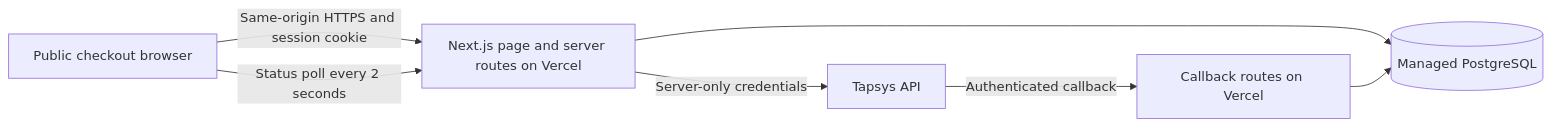
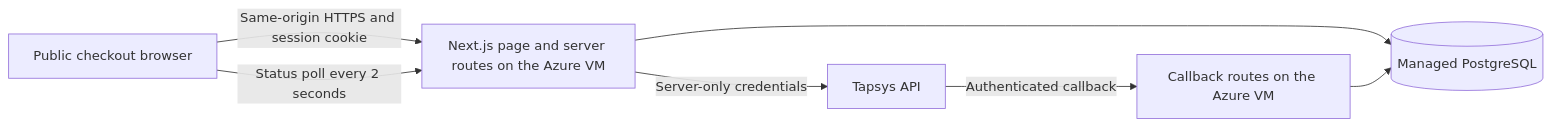
One commit to karimjindani/raast-ecommerce-demo changed the first of 4 diagrams in docs/software-design.md. Above: the diagram before and after it, drawn with Mermaid. The commit also changed other lines of this file and 39 other files, not shown here.

Commit message:
feat: implement v0.1.0 simulated RAAST checkout and Azure deployment

````diff
--- a/docs/software-design.md
+++ b/docs/software-design.md
@@ -15,9 +15,9 @@
 ```mermaid
 flowchart LR
-  Browser[Public checkout browser] -->|Same-origin HTTPS and session cookie| App[Next.js page and server routes on Vercel]
+  Browser[Public checkout browser] -->|Same-origin HTTPS and session cookie| App[Next.js page and server routes on the Azure VM]
   App -->|Server-only credentials| Provider[Tapsys API]
-  Provider -->|Authenticated callback| Hook[Callback routes on Vercel]
+  Provider -->|Authenticated callback| Hook[Callback routes on the Azure VM]
   App --> DB[(Managed PostgreSQL)]
   Hook --> DB
   Browser -->|Status poll every 2 seconds| App
 ```
````
